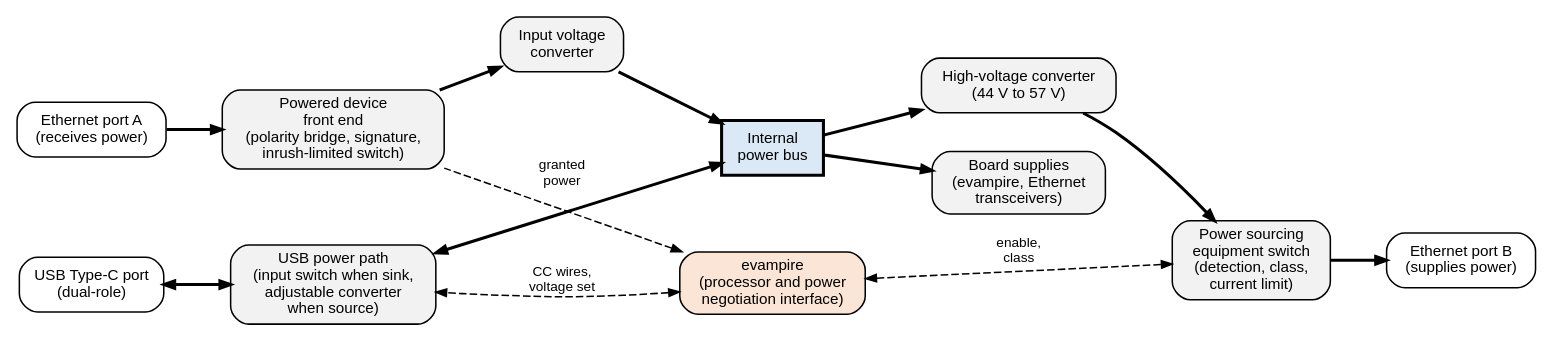
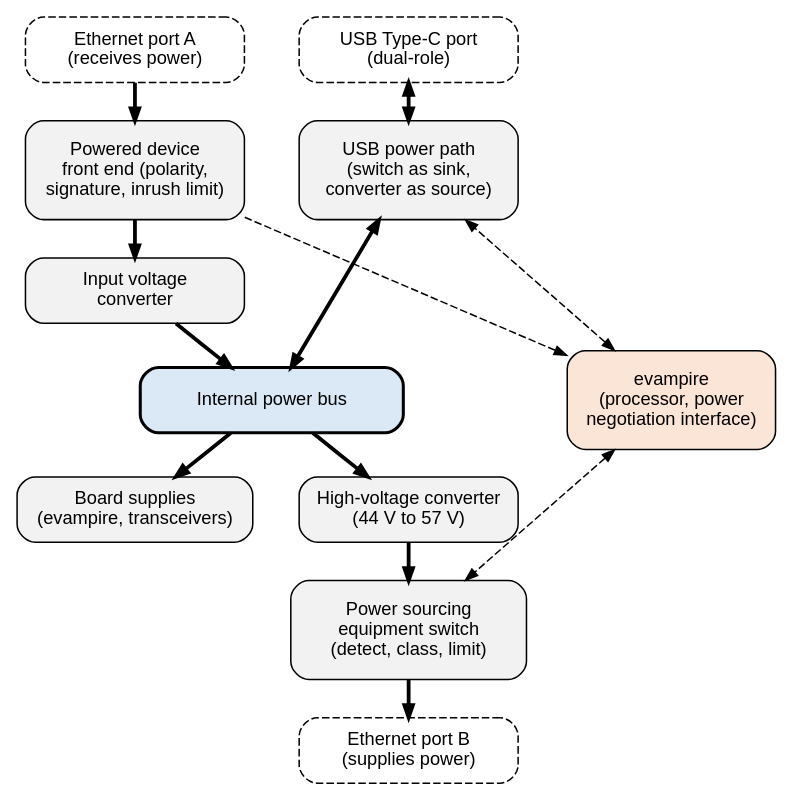
Before and after one commit to mithro/evampire: the diagram in docs/power/index/power-flow.dot, drawn with Graphviz.

Commit message:
Redraw the power flow diagram to fit the page width

```diff
--- a/docs/power/index/power-flow.dot
+++ b/docs/power/index/power-flow.dot
@@ -1,49 +1,59 @@
 // Power flow on a board built around evampire (first version).
 // Bold arrows: power. Dashed arrows: control and status.
+//
+// The blocks are placed on a fixed grid (positions in inches) so that the
+// diagram reads top to bottom and fits the width of a documentation page:
+//
+//   column 1 (x=1.2)  Ethernet port A input path, board supplies
+//   column 2 (x=3.7)  USB Type-C path, Ethernet port B output path
+//   column 3 (x=6.1)  evampire
 //
 // SPDX-License-Identifier: Apache-2.0
 
 digraph power_flow {
-    graph [rankdir=LR, fontname="Helvetica", fontsize=12, nodesep=0.35,
-           ranksep=0.5, newrank=true];
+    graph [layout=neato, splines=false, overlap=true, fontname="Helvetica"];
     node  [shape=box, style="rounded,filled", fillcolor="#f2f2f2",
-           fontname="Helvetica", fontsize=10];
-    edge  [fontname="Helvetica", fontsize=9, arrowsize=0.7];
+           fontname="Helvetica", fontsize=12, width=2.0, height=0.6,
+           fixedsize=true];
+    edge  [arrowsize=0.8];
 
-    rj45_a [label="Ethernet port A\n(receives power)", fillcolor="#ffffff"];
-    pd     [label="Powered device\nfront end\n(polarity bridge, signature,\ninrush-limited switch)"];
-    dcin   [label="Input voltage\nconverter"];
+    rj45_a [pos="1.2,8.0!", label="Ethernet port A\n(receives power)",
+            fillcolor="#ffffff", style="rounded,filled,dashed"];
+    usbc   [pos="3.7,8.0!", label="USB Type-C port\n(dual-role)",
+            fillcolor="#ffffff", style="rounded,filled,dashed"];
 
-    usbc   [label="USB Type-C port\n(dual-role)", fillcolor="#ffffff"];
-    usbpp  [label="USB power path\n(input switch when sink,\nadjustable converter\nwhen source)"];
+    pd     [pos="1.2,6.9!", height=0.9,
+            label="Powered device\nfront end (polarity,\nsignature, inrush limit)"];
+    usbpp  [pos="3.7,6.9!", height=0.9,
+            label="USB power path\n(switch as sink,\nconverter as source)"];
 
-    bus    [label="Internal\npower bus", shape=box, style="filled,bold",
-            fillcolor="#dbe8f5"];
+    dcin   [pos="1.2,5.8!", label="Input voltage\nconverter"];
 
-    loads  [label="Board supplies\n(evampire, Ethernet\ntransceivers)"];
-    hv     [label="High-voltage converter\n(44 V to 57 V)"];
-    pse    [label="Power sourcing\nequipment switch\n(detection, class,\ncurrent limit)"];
-    rj45_b [label="Ethernet port B\n(supplies power)", fillcolor="#ffffff"];
+    bus    [pos="2.45,4.8!", width=2.4, label="Internal power bus",
+            style="rounded,filled,bold", fillcolor="#dbe8f5"];
 
-    evampire [label="evampire\n(processor and power\nnegotiation interface)",
+    loads  [pos="1.2,3.8!", width=2.15, label="Board supplies\n(evampire, transceivers)"];
+    hv     [pos="3.7,3.8!", label="High-voltage converter\n(44 V to 57 V)"];
+    pse    [pos="3.7,2.7!", height=0.9, width=2.15,
+            label="Power sourcing\nequipment switch\n(detect, class, limit)"];
+    rj45_b [pos="3.7,1.6!", label="Ethernet port B\n(supplies power)",
+            fillcolor="#ffffff", style="rounded,filled,dashed"];
+
+    evampire [pos="6.1,4.8!", width=1.9, height=0.9,
+              label="evampire\n(processor, power\nnegotiation interface)",
               fillcolor="#fbe5d6"];
 
-    { rank=same; rj45_a; usbc; }
-    { rank=same; pd; usbpp; }
-    { rank=same; bus; evampire; }
-    { rank=same; hv; loads; }
+    rj45_a -> pd     [penwidth=2.5];
+    pd     -> dcin   [penwidth=2.5];
+    dcin   -> bus    [penwidth=2.5];
+    usbc   -> usbpp  [penwidth=2.5, dir=both];
+    usbpp  -> bus    [penwidth=2.5, dir=both];
+    bus    -> loads  [penwidth=2.5];
+    bus    -> hv     [penwidth=2.5];
+    hv     -> pse    [penwidth=2.5];
+    pse    -> rj45_b [penwidth=2.5];
 
-    rj45_a -> pd    [penwidth=2];
-    pd     -> dcin  [penwidth=2];
-    dcin   -> bus   [penwidth=2];
-    usbc   -> usbpp [penwidth=2, dir=both];
-    usbpp  -> bus   [penwidth=2, dir=both];
-    bus    -> loads [penwidth=2];
-    bus    -> hv    [penwidth=2];
-    hv     -> pse   [penwidth=2];
-    pse    -> rj45_b [penwidth=2];
-
-    evampire -> pd    [style=dashed, dir=back, label="granted\npower"];
-    evampire -> usbpp [style=dashed, dir=both, label="CC wires,\nvoltage set"];
-    evampire -> pse   [style=dashed, dir=both, label="enable,\nclass"];
+    evampire -> pd    [style=dashed, dir=back];
+    evampire -> usbpp [style=dashed, dir=both];
+    evampire -> pse   [style=dashed, dir=both];
 }
```
